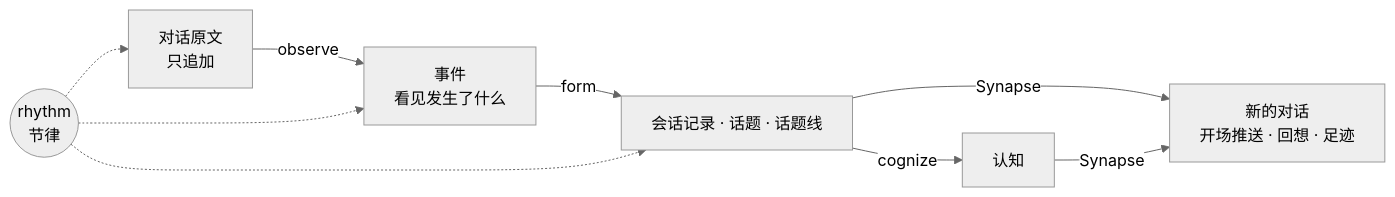
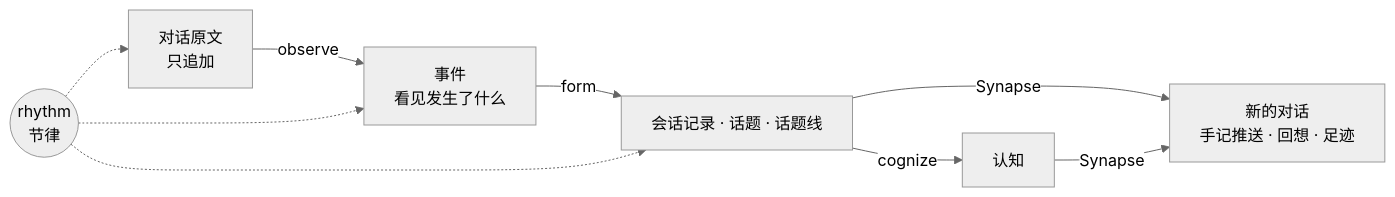
One commit to cezdo/memory-harness changed the diagram in README.md. Above: the diagram before and after it, drawn with Mermaid (neutral theme). The commit also changed other lines of this file and 37 other files, not shown here.

````diff
--- a/README.md
+++ b/README.md
@@ -11,8 +11,8 @@
 ```mermaid
 flowchart LR
   A[对话原文<br/>只追加] -->|observe| B[事件<br/>看见发生了什么]
   B -->|form| C[会话记录 · 话题 · 话题线]
   C -->|cognize| D[认知]
-  C & D -->|Synapse| H[新的对话<br/>开场推送 · 回想 · 足迹]
+  C & D -->|Synapse| H[新的对话<br/>手记推送 · 回想 · 足迹]
   R((rhythm<br/>节律)) -.-> A & B & C
 ```
````
